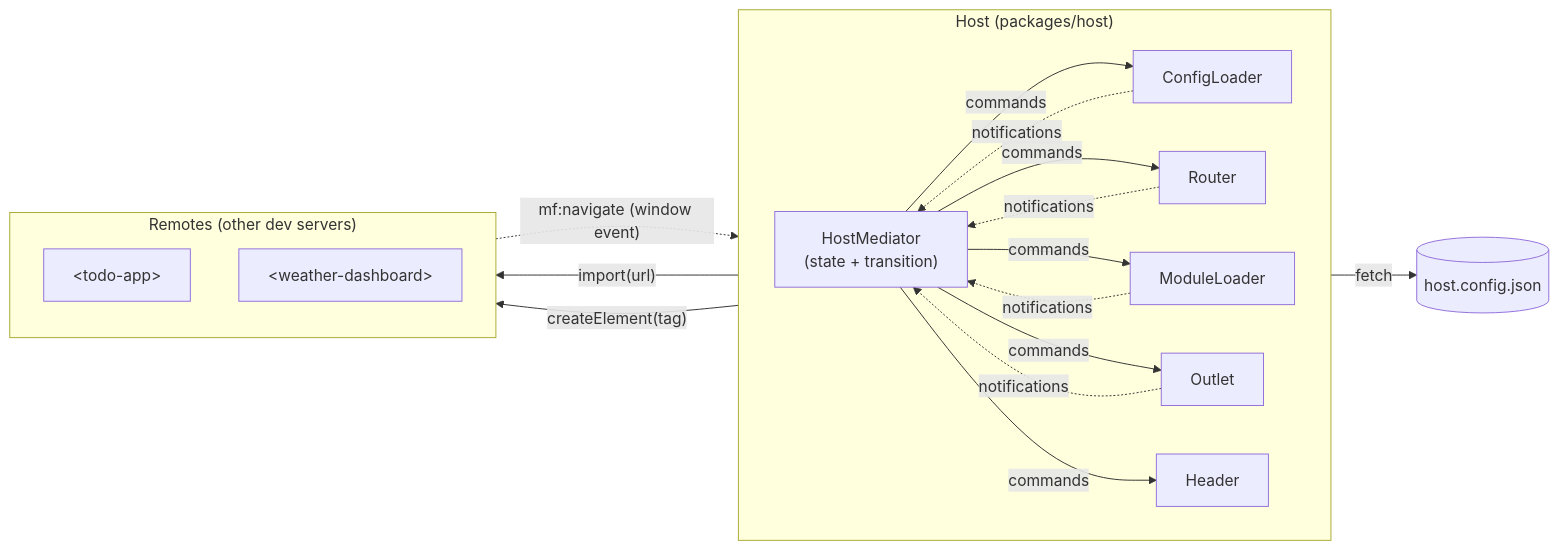
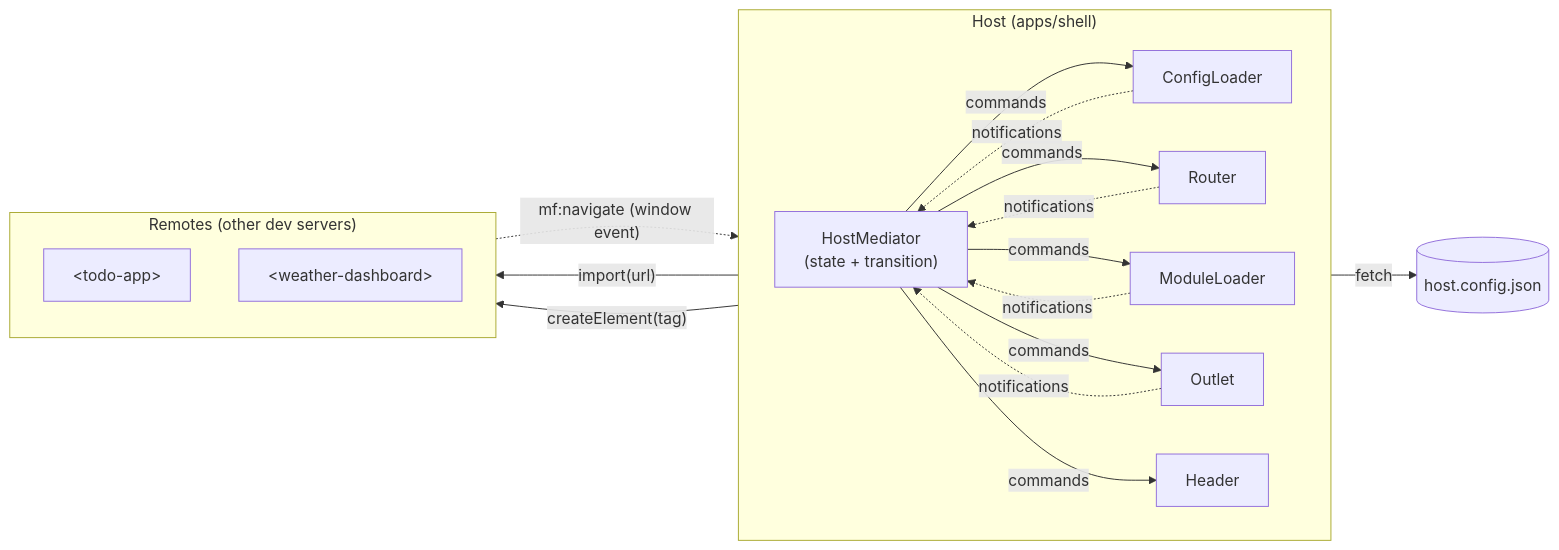
The first of 6 diagrams in docs/milestones/m1-host-shell.md (vungdv/micro-frontend-webcomponent), drawn with Mermaid before and after one commit. The commit also changed other lines of this file and 3 other files, not shown here.

````diff
--- a/docs/milestones/m1-host-shell.md
+++ b/docs/milestones/m1-host-shell.md
@@ -30,26 +30,26 @@
 ```mermaid
 flowchart LR
-  subgraph Host["Host (packages/host)"]
+  subgraph Host["Host (apps/shell)"]
     direction LR
     M["HostMediator<br/>(state + transition)"]
     CL[ConfigLoader]
     R[Router]
     ML[ModuleLoader]
     O[Outlet]
     H[Header]
   end
 
   subgraph Remotes["Remotes (other dev servers)"]
     TA["&lt;todo-app&gt;"]
     WD["&lt;weather-dashboard&gt;"]
   end
 
   CFG[(host.config.json)]
 
   M -- commands --> CL & R & ML & O & H
   CL & R & ML & O -. notifications .-> M
   CL -- fetch --> CFG
   ML -- "import(url)" --> Remotes
   O -- "createElement(tag)" --> Remotes
   Remotes -. "mf:navigate (window event)" .-> M
 ```
````
